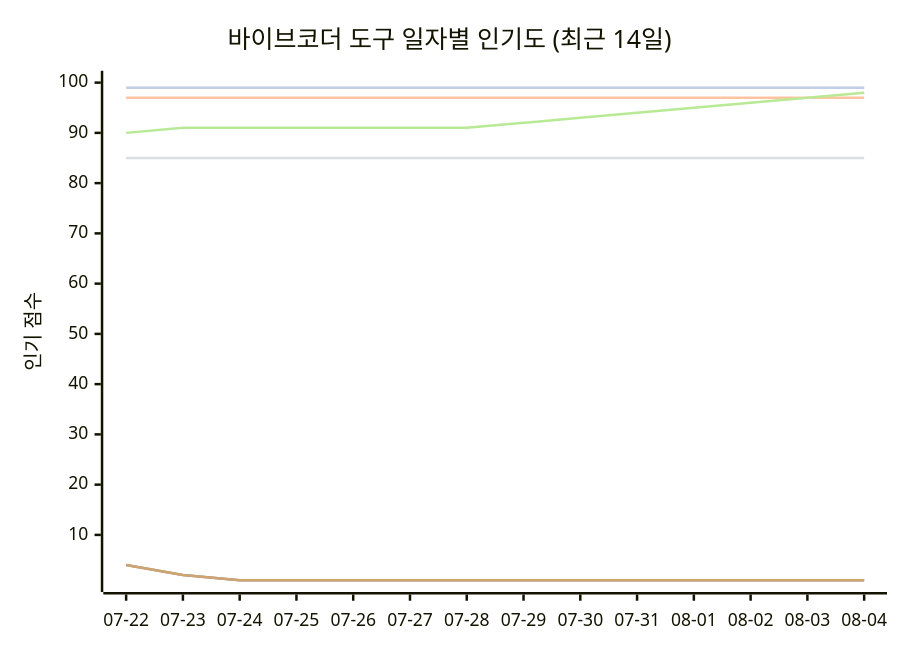
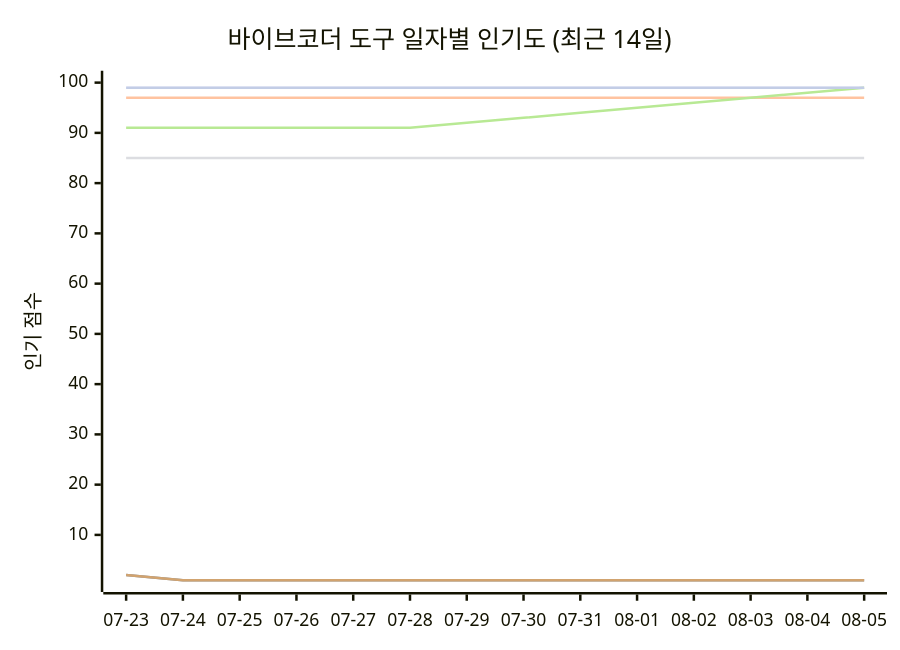
Before and after one commit to tykimos/ai-whatchelin: the seventh of 11 diagrams in README_ko.md, drawn with Mermaid. The commit also changed other lines of this file and 4 other files, not shown here.

````diff
--- a/README_ko.md
+++ b/README_ko.md
@@ -2126,13 +2135,13 @@
 ```mermaid
 xychart-beta
     title "바이브코더 도구 일자별 인기도 (최근 14일)"
-    x-axis ["07-22", "07-23", "07-24", "07-25", "07-26", "07-27", "07-28", "07-29", "07-30", "07-31", "08-01", "08-02", "08-03", "08-04"]
+    x-axis ["07-23", "07-24", "07-25", "07-26", "07-27", "07-28", "07-29", "07-30", "07-31", "08-01", "08-02", "08-03", "08-04", "08-05"]
     y-axis "인기 점수" 1 --> 100
     line "Claude Code" [99, 99, 99, 99, 99, 99, 99, 99, 99, 99, 99, 99, 99, 99]
-    line "GH Copilot" [4, 2, 1, 1, 1, 1, 1, 1, 1, 1, 1, 1, 1, 1]
+    line "GH Copilot" [2, 1, 1, 1, 1, 1, 1, 1, 1, 1, 1, 1, 1, 1]
     line "Cursor" [97, 97, 97, 97, 97, 97, 97, 97, 97, 97, 97, 97, 97, 97]
     line "Windsurf" [85, 85, 85, 85, 85, 85, 85, 85, 85, 85, 85, 85, 85, 85]
-    line "Codex CLI" [90, 91, 91, 91, 91, 91, 91, 92, 93, 94, 95, 96, 97, 98]
-    line "Gemini CLI" [4, 2, 1, 1, 1, 1, 1, 1, 1, 1, 1, 1, 1, 1]
+    line "Codex CLI" [91, 91, 91, 91, 91, 91, 92, 93, 94, 95, 96, 97, 98, 99]
+    line "Gemini CLI" [2, 1, 1, 1, 1, 1, 1, 1, 1, 1, 1, 1, 1, 1]
     line "Antigravity" [99, 99, 99, 99, 99, 99, 99, 99, 99, 99, 99, 99, 99, 99]
 ```
````
